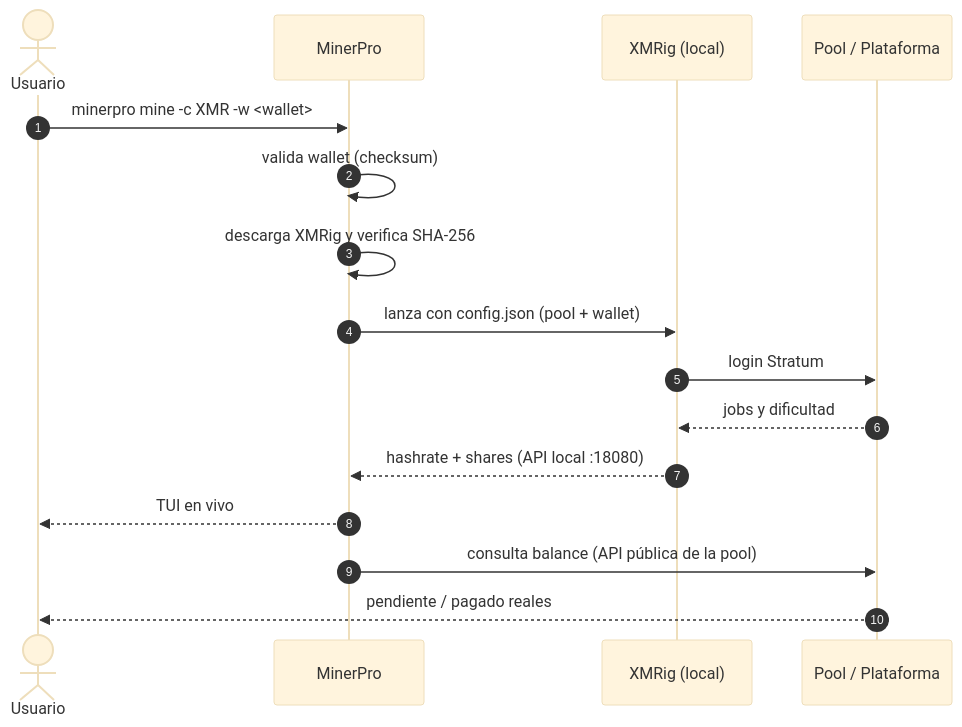
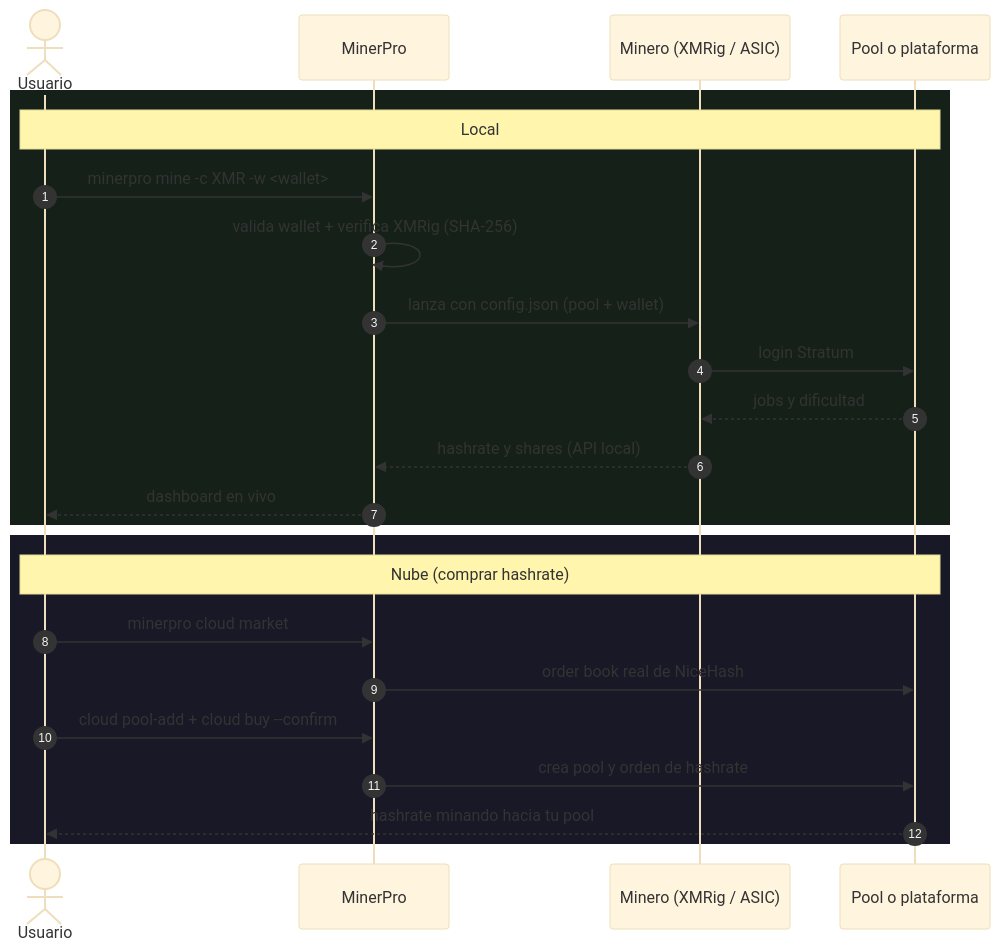
The second of 2 diagrams in README.md (mildredhoe/iminerpro), drawn with Mermaid (base theme) before and after one commit. The commit also changed other lines of this file and 14 other files, not shown here.

````diff
--- a/README.md
+++ b/README.md
@@ -129,19 +124,28 @@
 ```mermaid
 sequenceDiagram
     autonumber
     actor U as Usuario
     participant MP as MinerPro
-    participant X as XMRig (local)
-    participant P as Pool / Plataforma
+    participant M as Minero (XMRig / ASIC)
+    participant P as Pool o plataforma
 
+    rect rgb(20, 32, 24)
+    note over U,P: Local
     U->>MP: minerpro mine -c XMR -w <wallet>
-    MP->>MP: valida wallet (checksum)
-    MP->>MP: descarga XMRig y verifica SHA-256
-    MP->>X: lanza con config.json (pool + wallet)
-    X->>P: login Stratum
-    P-->>X: jobs y dificultad
-    X-->>MP: hashrate + shares (API local :18080)
-    MP-->>U: TUI en vivo
-    MP->>P: consulta balance (API pública de la pool)
-    P-->>U: pendiente / pagado reales
+    MP->>MP: valida wallet + verifica XMRig (SHA-256)
+    MP->>M: lanza con config.json (pool + wallet)
+    M->>P: login Stratum
+    P-->>M: jobs y dificultad
+    M-->>MP: hashrate y shares (API local)
+    MP-->>U: dashboard en vivo
+    end
+
+    rect rgb(24, 24, 38)
+    note over U,P: Nube (comprar hashrate)
+    U->>MP: minerpro cloud market
+    MP->>P: order book real de NiceHash
+    U->>MP: cloud pool-add + cloud buy --confirm
+    MP->>P: crea pool y orden de hashrate
+    P-->>U: hashrate minando hacia tu pool
+    end
 ```
````
